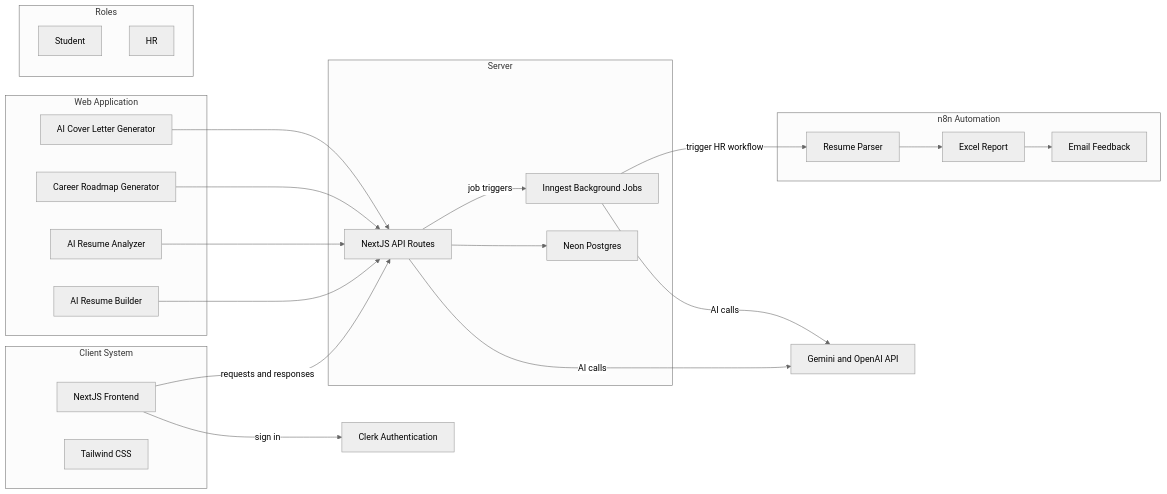
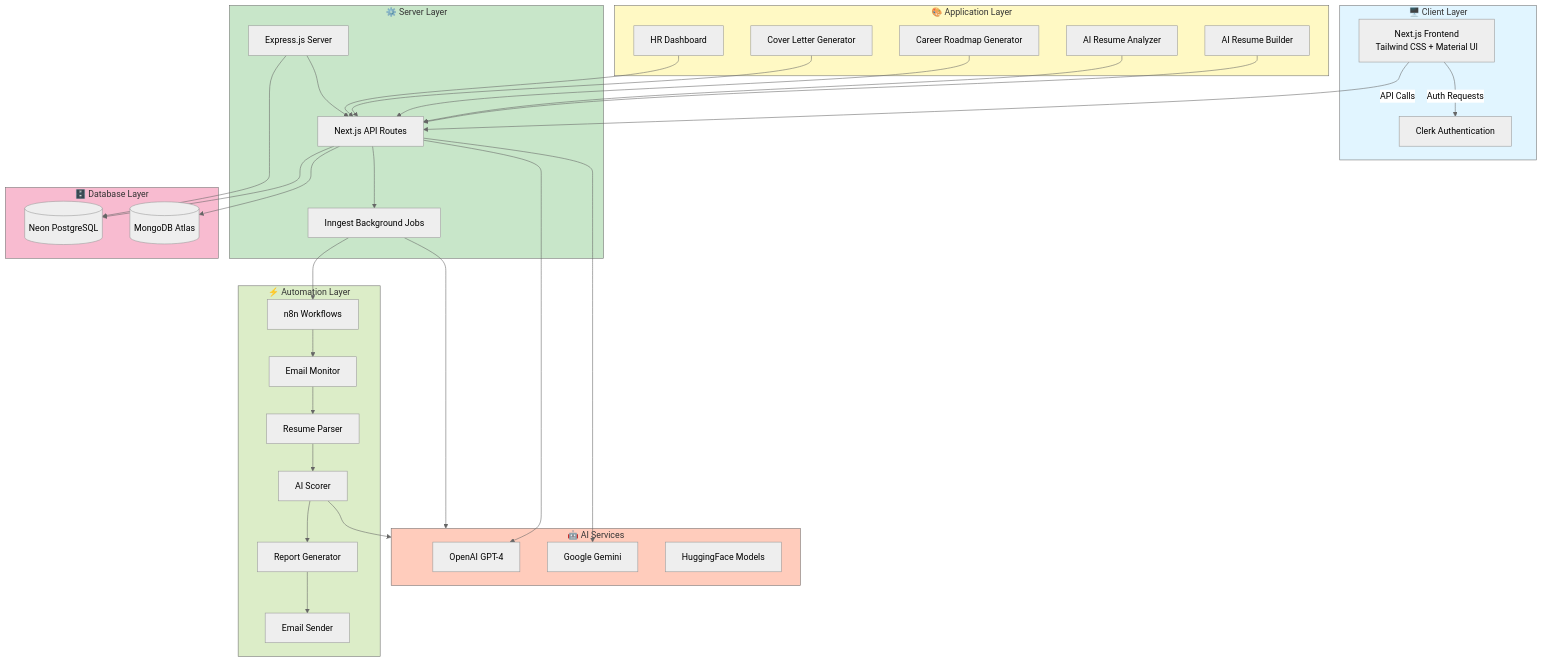
One commit to mayur2410-tech/AI-Career-Coach changed the diagram in README.md. Above: the diagram before and after it, drawn with Mermaid (neutral theme). The commit also changed other lines of this file, not shown here.

````diff
--- a/README.md
+++ b/README.md
@@ -73,62 +251,76 @@
 ```mermaid
-flowchart LR
-
-  %% Groups
-  subgraph ClientSystem [Client System]
-    NextJSFrontend[NextJS Frontend]
-    TailwindCSS[Tailwind CSS]
-  end
-
-  subgraph WebApplication [Web Application]
-    AIResumeBuilder[AI Resume Builder]
-    AIResumeAnalyzer[AI Resume Analyzer]
-    CareerRoadmapGenerator[Career Roadmap Generator]
-    AICoverLetterGenerator[AI Cover Letter Generator]
-  end
-
-  subgraph Server [Server]
-    NextJSAPI[NextJS API Routes]
-    InngestJobs[Inngest Background Jobs]
-    NeonPostgres[Neon Postgres]
-  end
-
-  subgraph Automation [n8n Automation]
-    ResumeParser[Resume Parser]
-    ExcelReport[Excel Report]
-    EmailFeedback[Email Feedback]
-  end
-
-  subgraph Roles [Roles]
-    direction TB
-   
-    Student[Student]
-   
-    HR[HR]
+graph TB
+    subgraph Client["🖥️ Client Layer"]
+        NextJS[Next.js Frontend<br/>Tailwind CSS + Material UI]
+        Auth[Clerk Authentication]
+    end
     
-  end
-
-  %% Standalone services
-  Auth[Clerk Authentication]
-  AI[Gemini and OpenAI API]
-
-  %% High-level connections
-  NextJSFrontend -->|requests and responses| NextJSAPI
-  NextJSFrontend -->|sign in| Auth
-
-  %% Feature layer -> API
-  AIResumeBuilder --> NextJSAPI
-  AIResumeAnalyzer --> NextJSAPI
-  CareerRoadmapGenerator --> NextJSAPI
-  AICoverLetterGenerator --> NextJSAPI
-
-  %% Server integrations
-  NextJSAPI -->|job triggers| InngestJobs
-  NextJSAPI --> NeonPostgres
-  NextJSAPI -->|AI calls| AI
-  InngestJobs -->|AI calls| AI
-
-  %% Automation workflow
-  InngestJobs -->|trigger HR workflow| ResumeParser
-  ResumeParser --> ExcelReport
-  ExcelReport --> EmailFeedback
+    subgraph Application["🎨 Application Layer"]
+        ResumeBuilder[AI Resume Builder]
+        ResumeAnalyzer[AI Resume Analyzer]
+        RoadmapGen[Career Roadmap Generator]
+        CoverLetterGen[Cover Letter Generator]
+        HRDashboard[HR Dashboard]
+    end
+    
+    subgraph Server["⚙️ Server Layer"]
+        API[Next.js API Routes]
+        Inngest[Inngest Background Jobs]
+        Express[Express.js Server]
+    end
+    
+    subgraph Database["🗄️ Database Layer"]
+        Postgres[(Neon PostgreSQL)]
+        Mongo[(MongoDB Atlas)]
+    end
+    
+    subgraph AI["🤖 AI Services"]
+        OpenAI[OpenAI GPT-4]
+        Gemini[Google Gemini]
+        HuggingFace[HuggingFace Models]
+    end
+    
+    subgraph Automation["⚡ Automation Layer"]
+        n8n[n8n Workflows]
+        EmailTrigger[Email Monitor]
+        Parser[Resume Parser]
+        Scorer[AI Scorer]
+        ReportGen[Report Generator]
+        EmailSender[Email Sender]
+    end
+    
+    NextJS -->|Auth Requests| Auth
+    NextJS -->|API Calls| API
+    
+    ResumeBuilder --> API
+    ResumeAnalyzer --> API
+    RoadmapGen --> API
+    CoverLetterGen --> API
+    HRDashboard --> API
+    
+    API --> Inngest
+    API --> Postgres
+    API --> Mongo
+    API --> OpenAI
+    API --> Gemini
+    
+    Inngest --> n8n
+    Inngest --> AI
+    
+    n8n --> EmailTrigger
+    EmailTrigger --> Parser
+    Parser --> Scorer
+    Scorer --> AI
+    Scorer --> ReportGen
+    ReportGen --> EmailSender
+    
+    Express --> API
+    Express --> Postgres
+    
+    style Client fill:#e1f5ff
+    style Application fill:#fff9c4
+    style Server fill:#c8e6c9
+    style Database fill:#f8bbd0
+    style AI fill:#ffccbc
+    style Automation fill:#dcedc8
 ```
````
